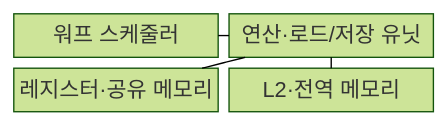
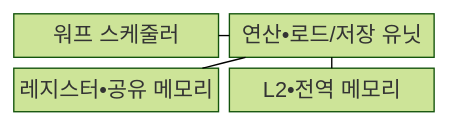
The first of 2 diagrams in src/content/docs/notes/02-hardware/041_gpu_simt.md (agnusdei1207/knowledge-base), drawn with Mermaid (forest theme) before and after one commit. The commit also changed other lines of this file and 953 other files, not shown here.

````diff
--- a/src/content/docs/notes/02-hardware/041_gpu_simt.md
+++ b/src/content/docs/notes/02-hardware/041_gpu_simt.md
@@ -70,11 +70,11 @@
 ```mermaid
 block
     columns 2
     W["워프 스케줄러"]
-    E["연산·로드/저장 유닛"]
-    R["레지스터·공유 메모리"]
-    G["L2·전역 메모리"]
+    E["연산•로드/저장 유닛"]
+    R["레지스터•공유 메모리"]
+    G["L2•전역 메모리"]
     W --- E
     E --- R
     E --- G
 ```
````
